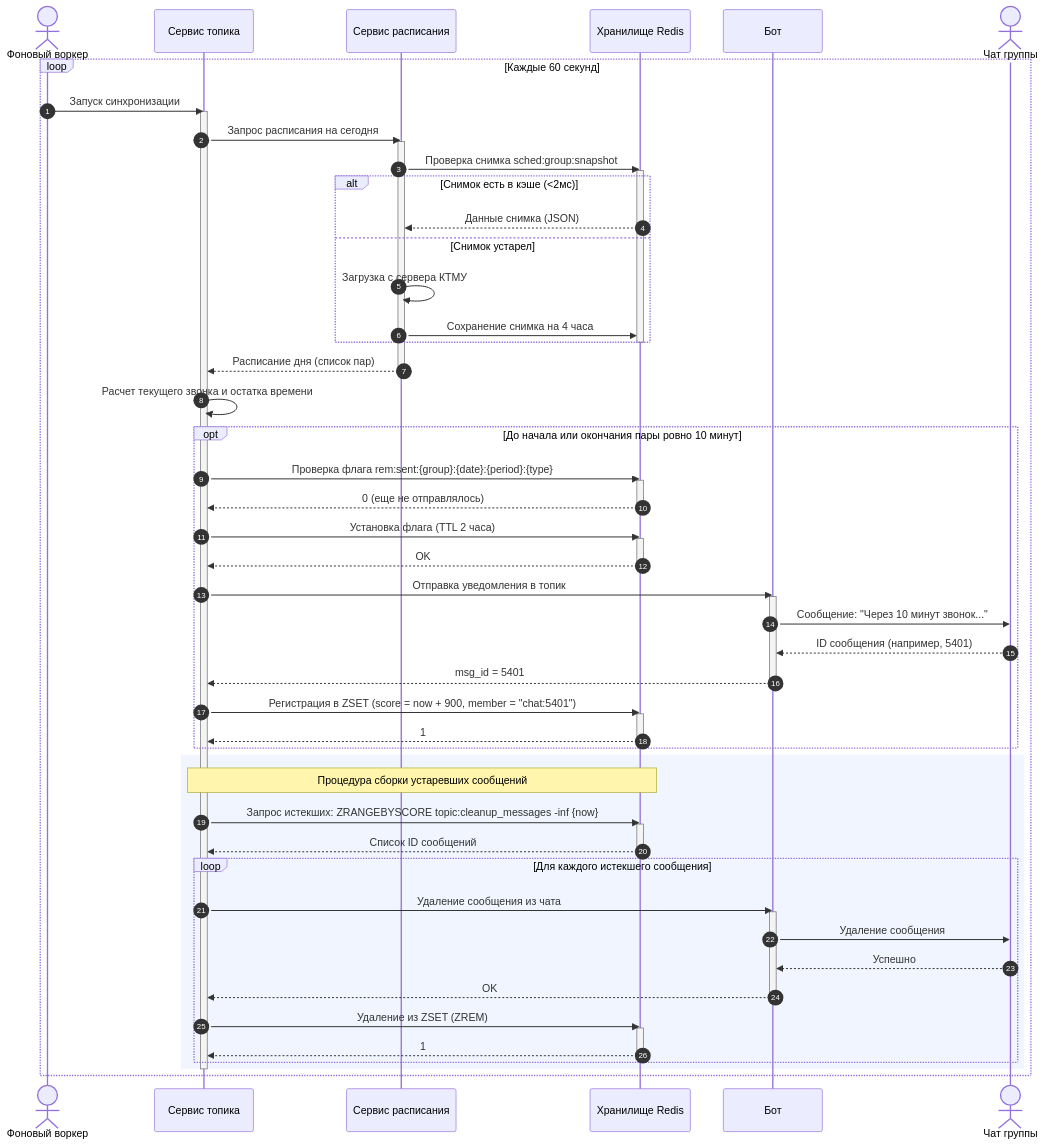
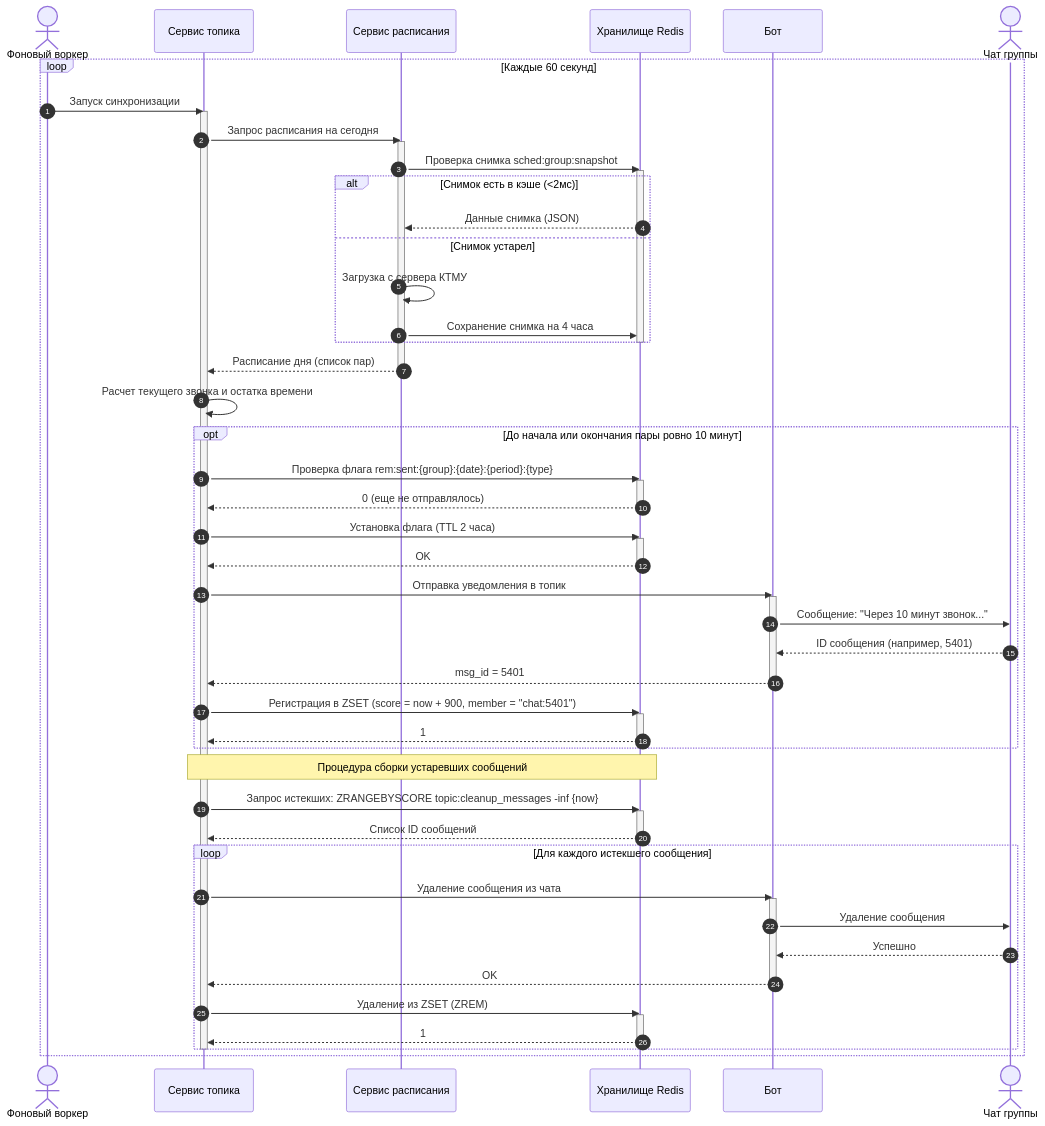
The third of 6 diagrams in docs/UML.md (Utkautka1/para), drawn with Mermaid before and after one commit. The commit also changed other lines of this file, not shown here.

Commit message:
docs: исправление синтаксиса flowchart TD и контрастности темной темы в GitHub

````diff
--- a/docs/UML.md
+++ b/docs/UML.md
@@ -258,79 +259,77 @@
 ```mermaid
 sequenceDiagram
     autonumber
     actor Scheduler as Фоновый воркер
     participant Updater as Сервис топика
     participant Backend as Сервис расписания
     participant Redis as Хранилище Redis
     participant Bot as Бот
     actor Group as Чат группы
 
     loop Каждые 60 секунд
         Scheduler->>Updater: Запуск синхронизации
         activate Updater
 
         Updater->>Backend: Запрос расписания на сегодня
         activate Backend
         Backend->>Redis: Проверка снимка sched:group:snapshot
         activate Redis
         alt Снимок есть в кэше (<2мс)
             Redis-->>Backend: Данные снимка (JSON)
         else Снимок устарел
             Backend->>Backend: Загрузка с сервера КТМУ
             Backend->>Redis: Сохранение снимка на 4 часа
         end
         deactivate Redis
         Backend-->>Updater: Расписание дня (список пар)
         deactivate Backend
 
         Updater->>Updater: Расчет текущего звонка и остатка времени
 
         opt До начала или окончания пары ровно 10 минут
             Updater->>Redis: Проверка флага rem:sent:{group}:{date}:{period}:{type}
             activate Redis
             Redis-->>Updater: 0 (еще не отправлялось)
             deactivate Redis
 
             Updater->>Redis: Установка флага (TTL 2 часа)
             activate Redis
             Redis-->>Updater: OK
             deactivate Redis
 
             Updater->>Bot: Отправка уведомления в топик
             activate Bot
             Bot->>Group: Сообщение: "Через 10 минут звонок..."
             Group-->>Bot: ID сообщения (например, 5401)
             Bot-->>Updater: msg_id = 5401
             deactivate Bot
 
             Updater->>Redis: Регистрация в ZSET (score = now + 900, member = "chat:5401")
             activate Redis
             Redis-->>Updater: 1
             deactivate Redis
         end
 
-        rect rgb(240, 245, 255)
-            note over Updater,Redis: Процедура сборки устаревших сообщений
-            Updater->>Redis: Запрос истекших: ZRANGEBYSCORE topic:cleanup_messages -inf {now}
+        note over Updater,Redis: Процедура сборки устаревших сообщений
+        Updater->>Redis: Запрос истекших: ZRANGEBYSCORE topic:cleanup_messages -inf {now}
+        activate Redis
+        Redis-->>Updater: Список ID сообщений
+        deactivate Redis
+
+        loop Для каждого истекшего сообщения
+            Updater->>Bot: Удаление сообщения из чата
+            activate Bot
+            Bot->>Group: Удаление сообщения
+            Group-->>Bot: Успешно
+            Bot-->>Updater: OK
+            deactivate Bot
+
+            Updater->>Redis: Удаление из ZSET (ZREM)
             activate Redis
-            Redis-->>Updater: Список ID сообщений
+            Redis-->>Updater: 1
             deactivate Redis
-
-            loop Для каждого истекшего сообщения
-                Updater->>Bot: Удаление сообщения из чата
-                activate Bot
-                Bot->>Group: Удаление сообщения
-                Group-->>Bot: Успешно
-                Bot-->>Updater: OK
-                deactivate Bot
-
-                Updater->>Redis: Удаление из ZSET (ZREM)
-                activate Redis
-                Redis-->>Updater: 1
-                deactivate Redis
-            end
         end
 
         deactivate Updater
     end
 ```
````
